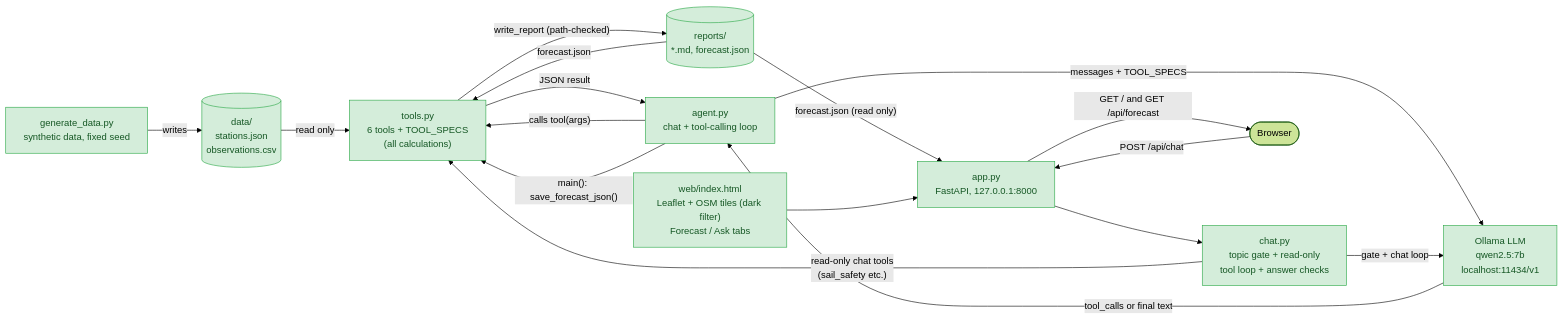
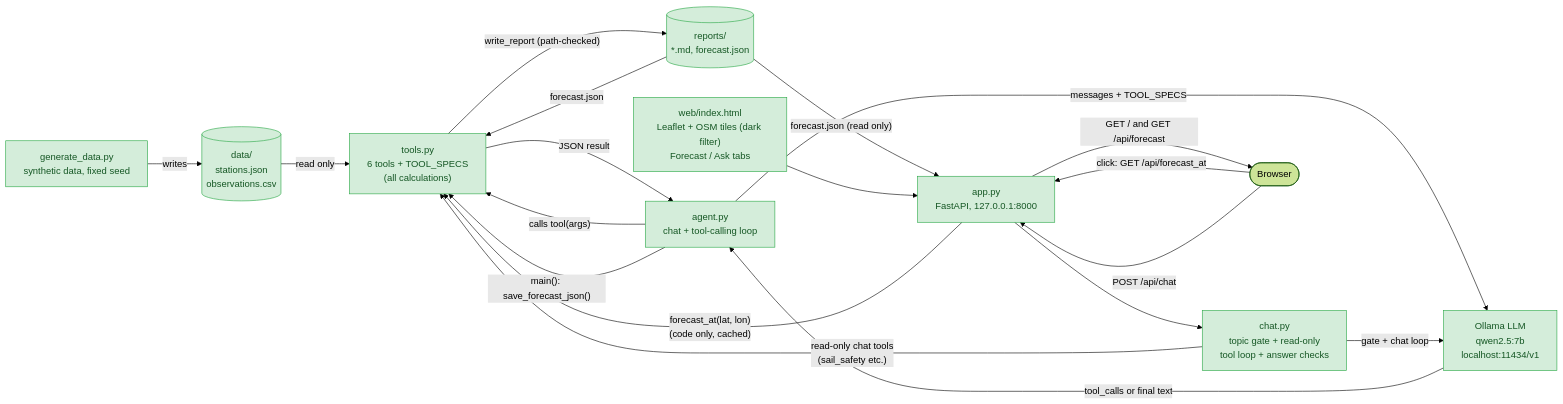
The first of 4 diagrams in docs/architecture.md (nil9/weather-agent), drawn with Mermaid (forest theme) before and after one commit. The commit also changed other lines of this file and 9 other files, not shown here.

````diff
--- a/docs/architecture.md
+++ b/docs/architecture.md
@@ -34,34 +36,36 @@
 ```mermaid
 flowchart LR
     gen["generate_data.py<br/>synthetic data, fixed seed"]
     data[("data/<br/>stations.json<br/>observations.csv")]
     tools["tools.py<br/>6 tools + TOOL_SPECS<br/>(all calculations)"]
     agent["agent.py<br/>chat + tool-calling loop"]
     llm["Ollama LLM<br/>qwen2.5:7b<br/>localhost:11434/v1"]
     reports[("reports/<br/>*.md, forecast.json")]
     app["app.py<br/>FastAPI, 127.0.0.1:8000"]
     chat["chat.py<br/>topic gate + read-only<br/>tool loop + answer checks"]
     web["web/index.html<br/>Leaflet + OSM tiles (dark filter)<br/>Forecast / Ask tabs"]
     browser(["Browser"])
 
     gen -->|writes| data
     data -->|read only| tools
     agent -->|"calls tool(args)"| tools
     tools -->|JSON result| agent
     agent -->|"messages + TOOL_SPECS"| llm
     llm -->|"tool_calls or final text"| agent
     tools -->|"write_report (path-checked)"| reports
     agent -->|"main(): save_forecast_json()"| tools
     reports -->|"forecast.json (read only)"| app
     web --> app
     app -->|"GET / and GET /api/forecast"| browser
+    browser -->|"click: GET /api/forecast_at"| app
+    app -->|"forecast_at(lat, lon)<br/>(code only, cached)"| tools
     browser -->|"POST /api/chat"| app
     app --> chat
     chat -->|"gate + chat loop"| llm
     chat -->|"read-only chat tools<br/>(sail_safety etc.)"| tools
     reports -->|"forecast.json"| tools
 
     classDef done fill:#d4edda,stroke:#28a745,color:#155724
     classDef todo fill:#f1f3f5,stroke:#adb5bd,color:#495057,stroke-dasharray: 5 5
     class gen,data,tools,reports,agent,llm,app,web,chat done
 ```
````
